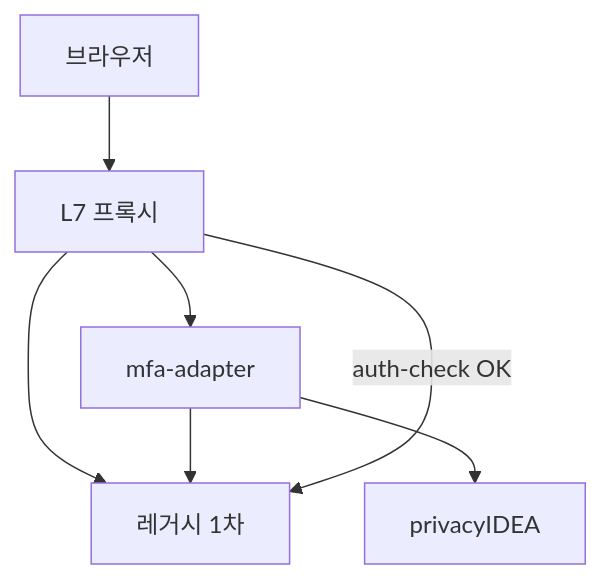
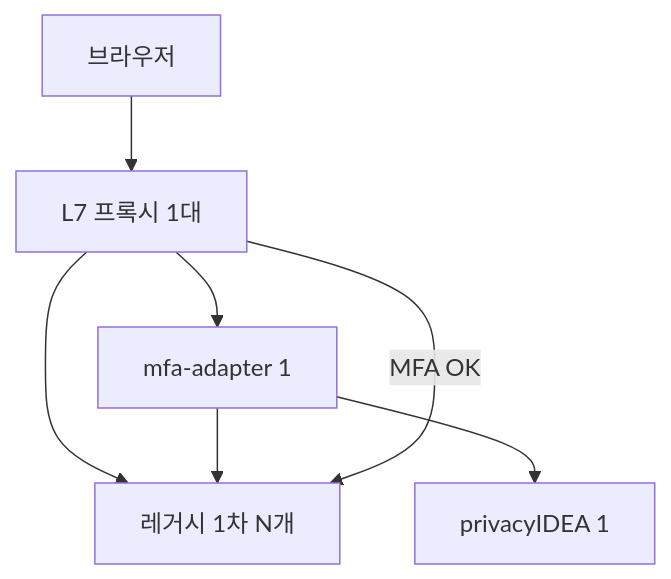
The second of 3 diagrams in poc/google-otp-2fa/DESIGN_REPORT.md (leeyodam/OTP), drawn with Mermaid before and after one commit. The commit also changed other lines of this file, not shown here.

````diff
--- a/poc/google-otp-2fa/DESIGN_REPORT.md
+++ b/poc/google-otp-2fa/DESIGN_REPORT.md
@@ -42,9 +88,9 @@
 ```mermaid
 flowchart TB
-  U[브라우저] --> P[L7 프록시]
-  P --> L[레거시 1차]
-  P --> A[mfa-adapter]
+  U[브라우저] --> P[L7 프록시 1대]
+  P --> L[레거시 1차 N개]
+  P --> A[mfa-adapter 1]
   A --> L
-  A --> PI[privacyIDEA]
-  P -->|auth-check OK| L
+  A --> PI[privacyIDEA 1]
+  P -->|MFA OK| L
 ```
````
